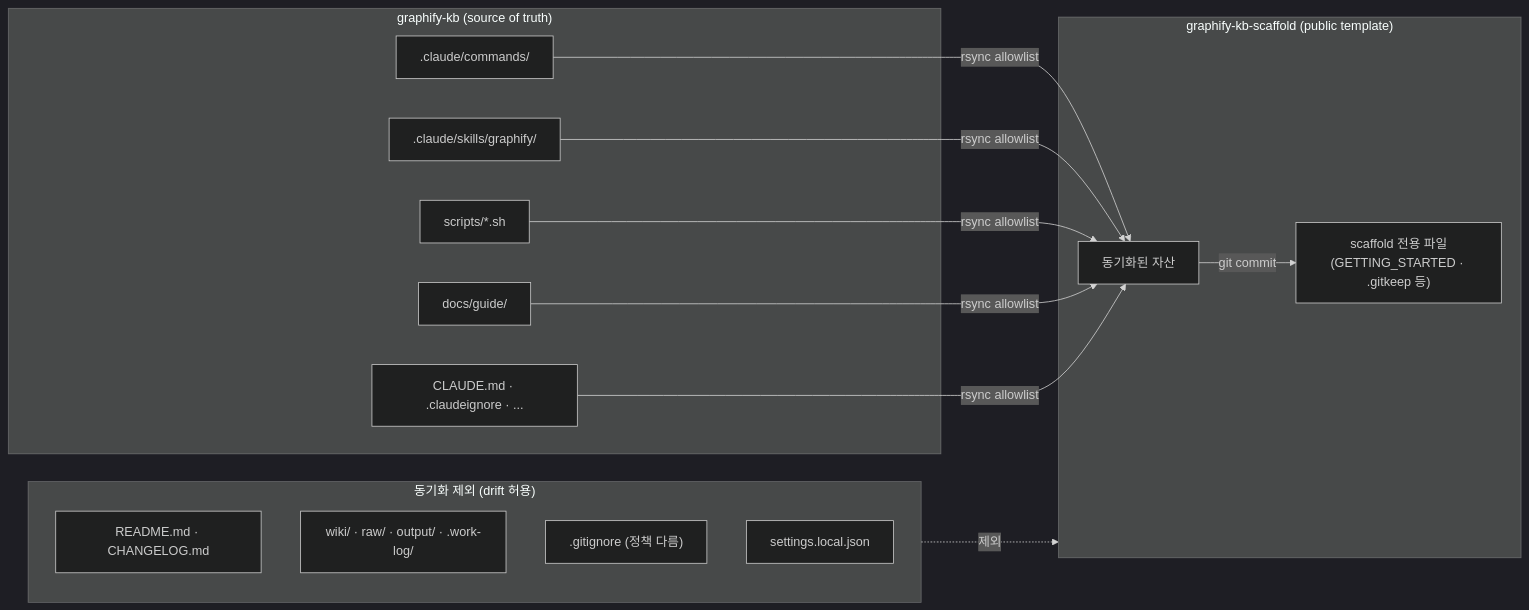
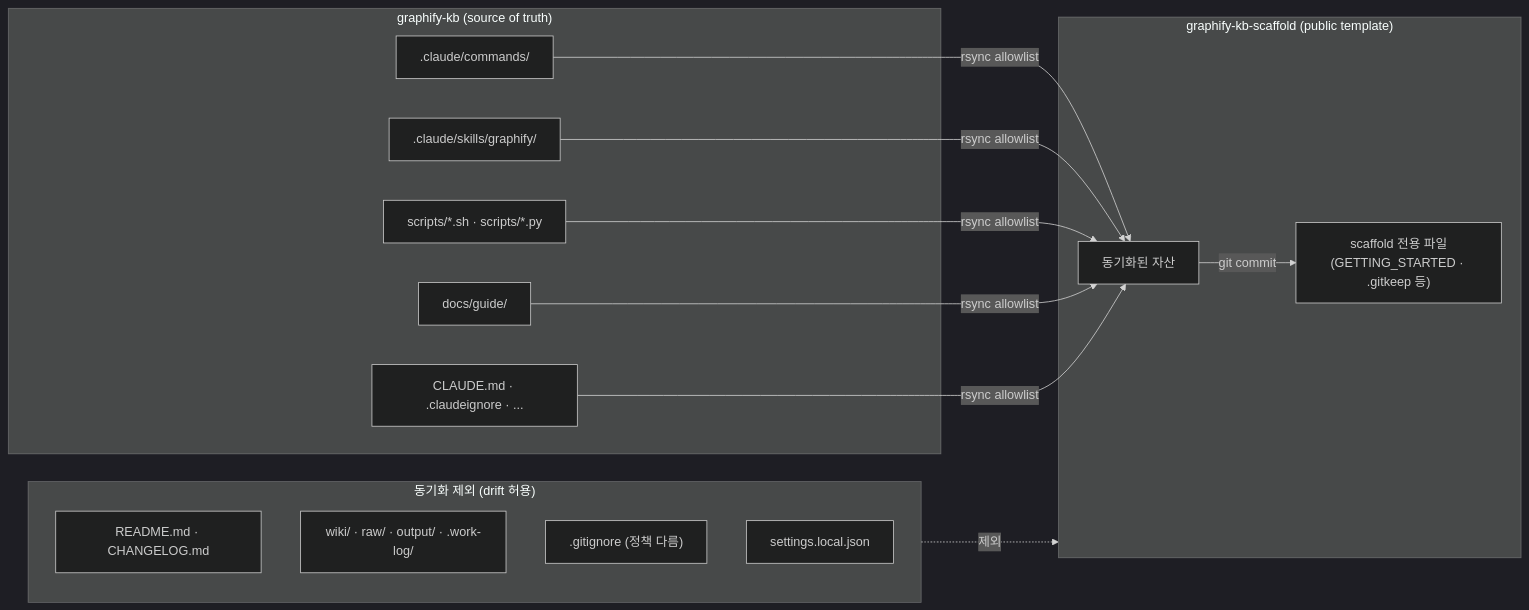
One commit to yeochul-jeon/graphify-kb-scaffold changed the first of 2 diagrams in docs/guide/scaffold-sync.md. Above: the diagram before and after it, drawn with Mermaid. The commit also changed other lines of this file and 27 other files, not shown here.

First line of the commit message:
chore: sync templates from graphify-kb@2a76a09

````diff
--- a/docs/guide/scaffold-sync.md
+++ b/docs/guide/scaffold-sync.md
@@ -10,27 +10,27 @@
 ```mermaid
 %%{init: {"theme": "dark", "flowchart": {"curve": "basis"}}}%%
 flowchart LR
     subgraph src ["graphify-kb (source of truth)"]
         A1[".claude/commands/"]
         A2[".claude/skills/graphify/"]
-        A3["scripts/*.sh"]
+        A3["scripts/*.sh · scripts/*.py"]
         A4["docs/guide/"]
         A5["CLAUDE.md · .claudeignore · ..."]
     end
 
     subgraph deny ["동기화 제외 (drift 허용)"]
         D1["README.md · CHANGELOG.md"]
         D2["wiki/ · raw/ · output/ · .work-log/"]
         D3[".gitignore (정책 다름)"]
         D4["settings.local.json"]
     end
 
     subgraph tgt ["graphify-kb-scaffold (public template)"]
         T1["동기화된 자산"]
         T2["scaffold 전용 파일\n(GETTING_STARTED · .gitkeep 등)"]
     end
 
     A1 & A2 & A3 & A4 & A5 -->|rsync allowlist| T1
     deny -.->|제외| tgt
     T1 --> |git commit| T2
 ```
````
